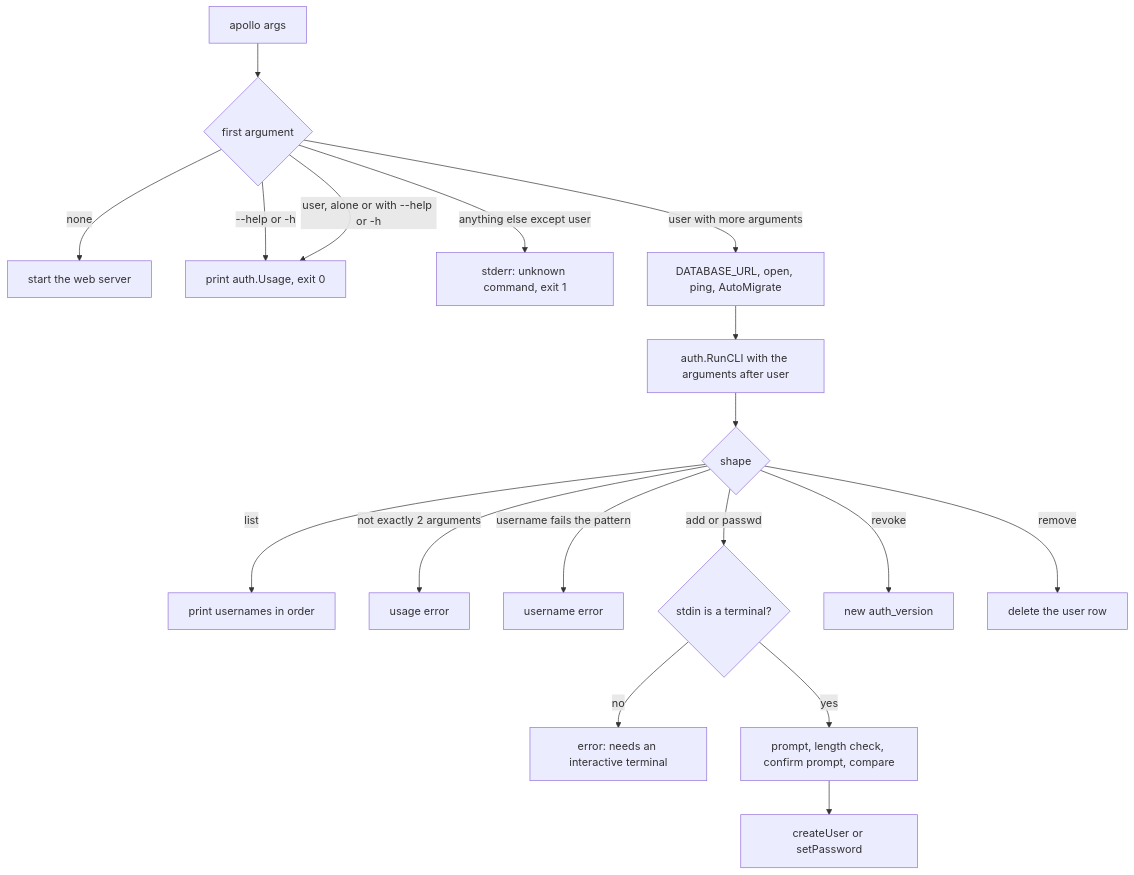
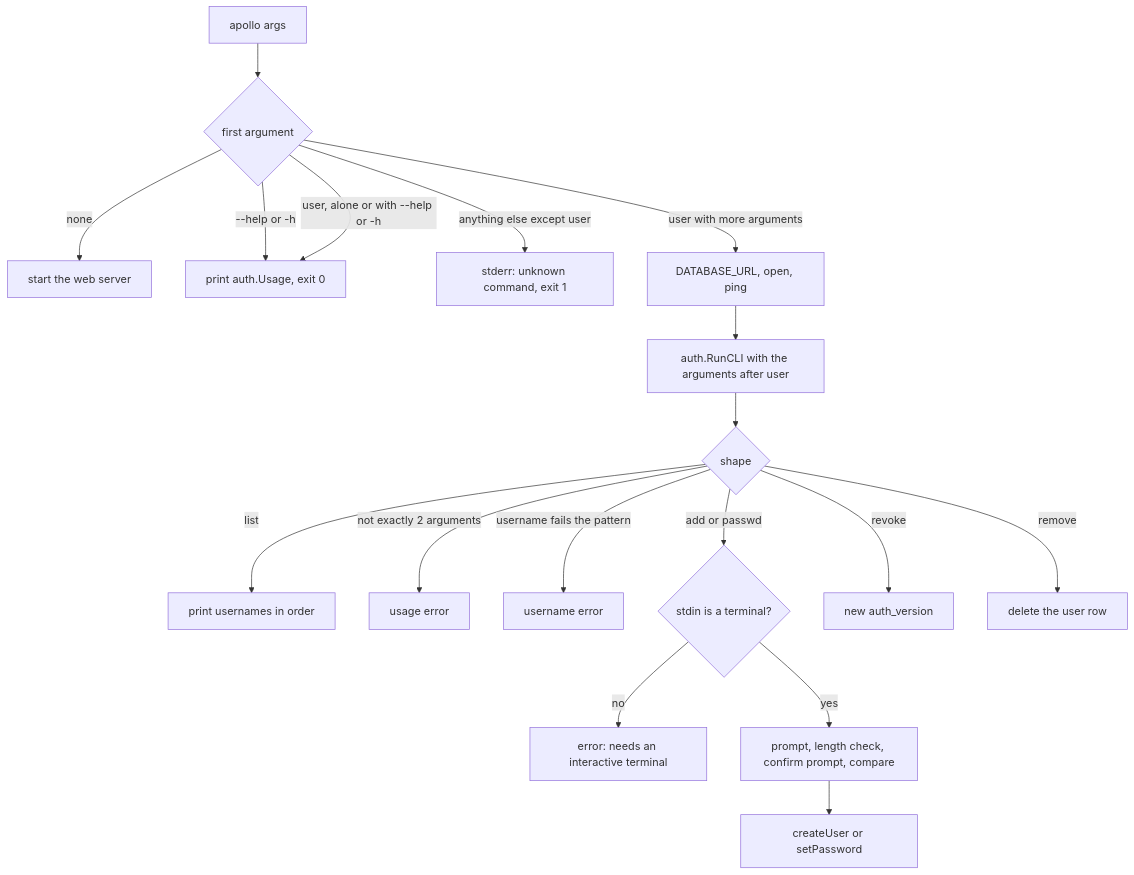
Before and after one commit to devGabriel131/ProjectHermes: the third of 7 diagrams in docs/staff-auth.md, drawn with Mermaid. The commit also changed other lines of this file and 32 other files, not shown here.

First line of the commit message:
feat(db): goose migrations with a baseline; AutoMigrate removed (A4)

````diff
--- a/docs/staff-auth.md
+++ b/docs/staff-auth.md
@@ -62,20 +62,20 @@
 ```mermaid
 flowchart TD
     A["apollo args"] --> B{"first argument"}
     B -->|"none"| S["start the web server"]
     B -->|"--help or -h"| H["print auth.Usage, exit 0"]
     B -->|"user, alone or with --help or -h"| H
     B -->|"anything else except user"| U["stderr: unknown command, exit 1"]
-    B -->|"user with more arguments"| D["DATABASE_URL, open, ping, AutoMigrate"]
+    B -->|"user with more arguments"| D["DATABASE_URL, open, ping"]
     D --> R["auth.RunCLI with the arguments after user"]
     R --> X{"shape"}
     X -->|"list"| P["print usernames in order"]
     X -->|"not exactly 2 arguments"| E1["usage error"]
     X -->|"username fails the pattern"| E2["username error"]
     X -->|"add or passwd"| T{"stdin is a terminal?"}
     T -->|"no"| E3["error: needs an interactive terminal"]
     T -->|"yes"| W["prompt, length check, confirm prompt, compare"]
     W --> C["createUser or setPassword"]
     X -->|"revoke"| V["new auth_version"]
     X -->|"remove"| M["delete the user row"]
 ```
````
